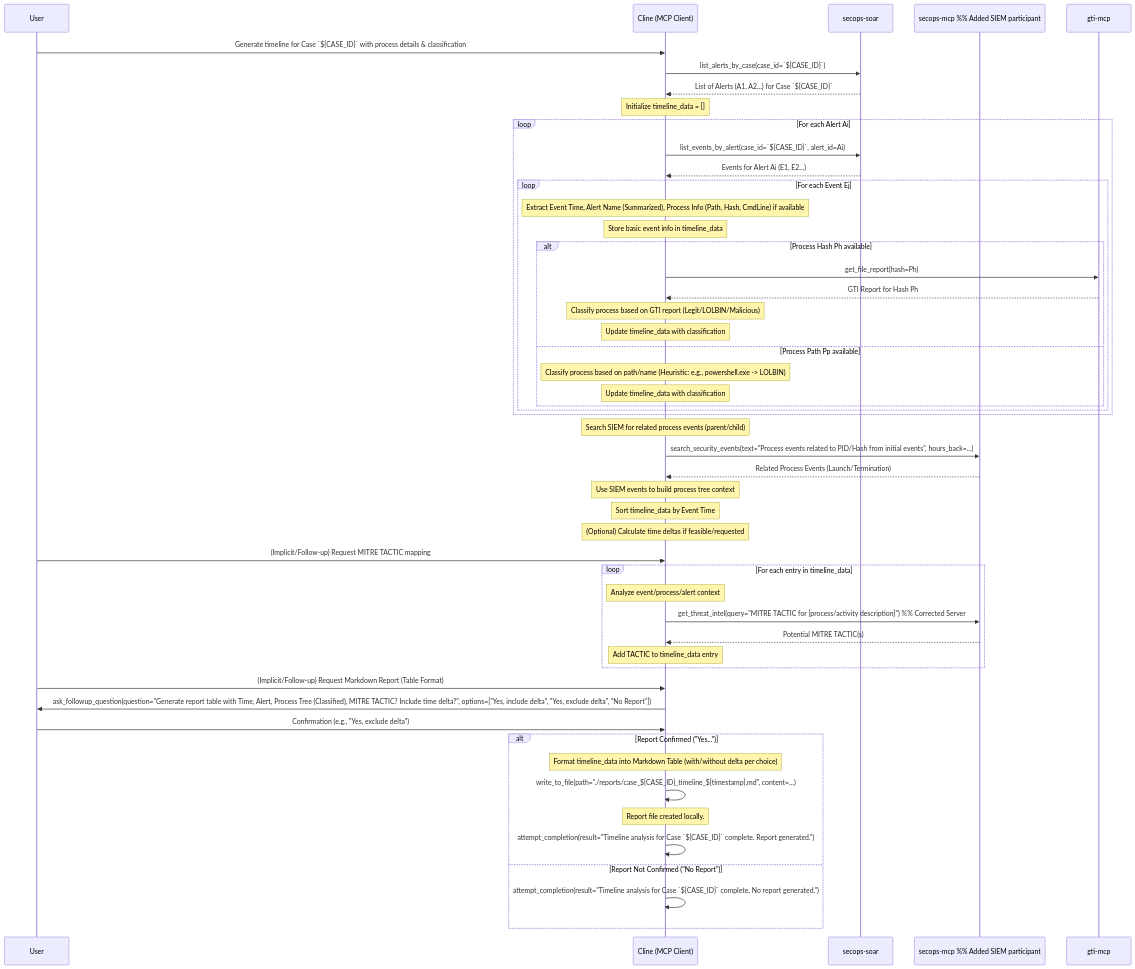
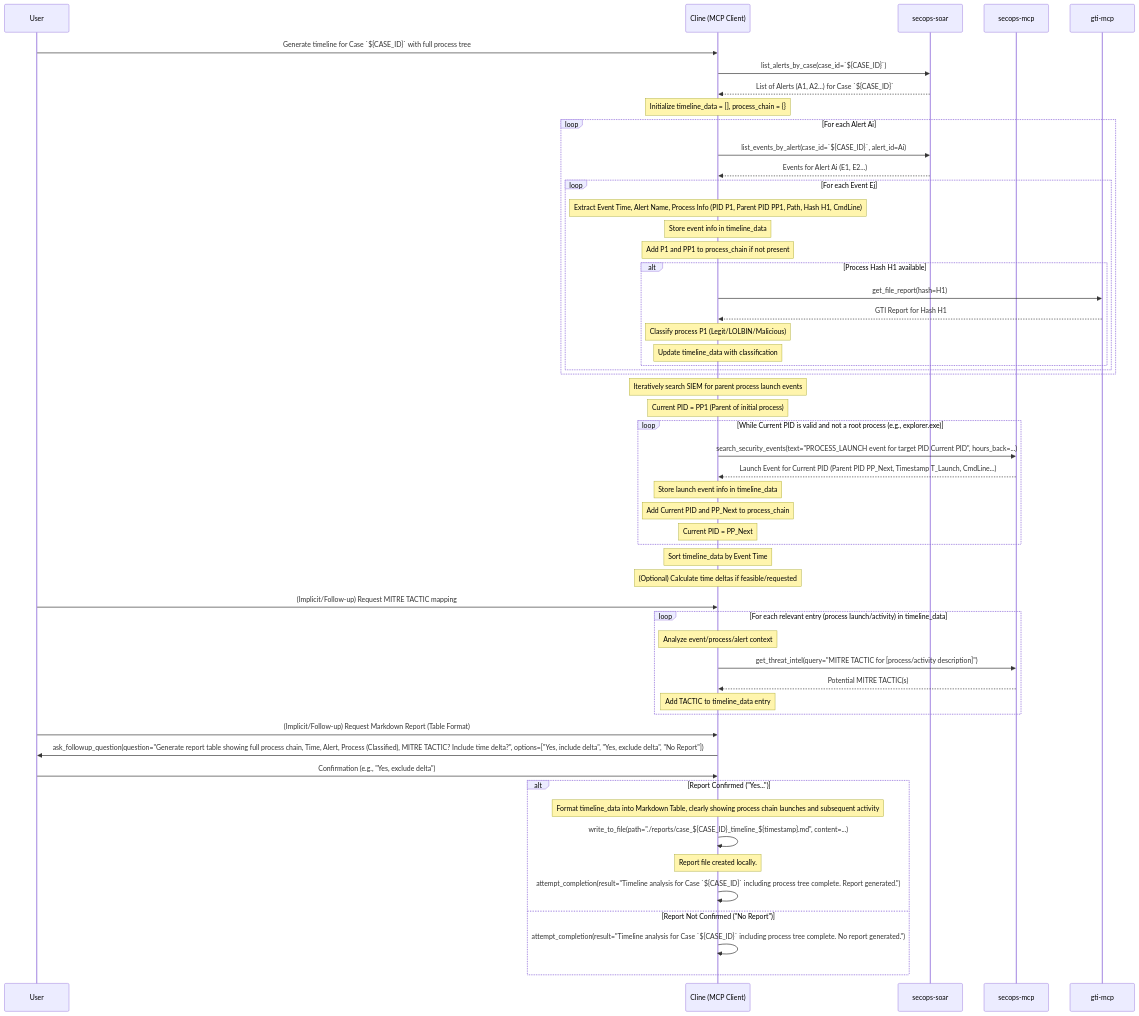
Before and after one commit to google/mcp-security: diagram 11 of 12 in WORKFLOWS.md, drawn with Mermaid. The commit also changed other lines of this file, not shown here.

Commit message:
improve process tree instructions pt2

````diff
--- a/WORKFLOWS.md
+++ b/WORKFLOWS.md
@@ -878,61 +878,64 @@
 ```{mermaid}
 sequenceDiagram
     participant User
     participant Cline as Cline (MCP Client)
     participant SOAR as secops-soar
-    participant SIEM as secops-mcp %% Added SIEM participant
+    participant SIEM as secops-mcp
     participant GTI as gti-mcp
 
-    User->>Cline: Generate timeline for Case `${CASE_ID}` with process details & classification
+    User->>Cline: Generate timeline for Case `${CASE_ID}` with full process tree
     Cline->>SOAR: list_alerts_by_case(case_id=`${CASE_ID}`)
     SOAR-->>Cline: List of Alerts (A1, A2...) for Case `${CASE_ID}`
 
-    Note over Cline: Initialize timeline_data = []
+    Note over Cline: Initialize timeline_data = [], process_chain = {}
     loop For each Alert Ai
         Cline->>SOAR: list_events_by_alert(case_id=`${CASE_ID}`, alert_id=Ai)
         SOAR-->>Cline: Events for Alert Ai (E1, E2...)
         loop For each Event Ej
-            Note over Cline: Extract Event Time, Alert Name (Summarized), Process Info (Path, Hash, CmdLine) if available
-            Note over Cline: Store basic event info in timeline_data
-            alt Process Hash Ph available
-                Cline->>GTI: get_file_report(hash=Ph)
-                GTI-->>Cline: GTI Report for Hash Ph
-                Note over Cline: Classify process based on GTI report (Legit/LOLBIN/Malicious)
-                Note over Cline: Update timeline_data with classification
-            else Process Path Pp available
-                Note over Cline: Classify process based on path/name (Heuristic: e.g., powershell.exe -> LOLBIN)
+            Note over Cline: Extract Event Time, Alert Name, Process Info (PID P1, Parent PID PP1, Path, Hash H1, CmdLine)
+            Note over Cline: Store event info in timeline_data
+            Note over Cline: Add P1 and PP1 to process_chain if not present
+            alt Process Hash H1 available
+                Cline->>GTI: get_file_report(hash=H1)
+                GTI-->>Cline: GTI Report for Hash H1
+                Note over Cline: Classify process P1 (Legit/LOLBIN/Malicious)
                 Note over Cline: Update timeline_data with classification
             end
         end
     end
 
-    Note over Cline: Search SIEM for related process events (parent/child)
-    Cline->>SIEM: search_security_events(text="Process events related to PID/Hash from initial events", hours_back=...)
-    SIEM-->>Cline: Related Process Events (Launch/Termination)
-    Note over Cline: Use SIEM events to build process tree context
+    Note over Cline: Iteratively search SIEM for parent process launch events
+    Note over Cline: Current PID = PP1 (Parent of initial process)
+    loop While Current PID is valid and not a root process (e.g., explorer.exe)
+        Cline->>SIEM: search_security_events(text="PROCESS_LAUNCH event for target PID Current PID", hours_back=...)
+        SIEM-->>Cline: Launch Event for Current PID (Parent PID PP_Next, Timestamp T_Launch, CmdLine...)
+        Note over Cline: Store launch event info in timeline_data
+        Note over Cline: Add Current PID and PP_Next to process_chain
+        Note over Cline: Current PID = PP_Next
+    end
 
     Note over Cline: Sort timeline_data by Event Time
     Note over Cline: (Optional) Calculate time deltas if feasible/requested
 
     User->>Cline: (Implicit/Follow-up) Request MITRE TACTIC mapping
-    loop For each entry in timeline_data
+    loop For each relevant entry (process launch/activity) in timeline_data
         Note over Cline: Analyze event/process/alert context
-        Cline->>SIEM: get_threat_intel(query="MITRE TACTIC for [process/activity description]") %% Corrected Server
+        Cline->>SIEM: get_threat_intel(query="MITRE TACTIC for [process/activity description]")
         SIEM-->>Cline: Potential MITRE TACTIC(s)
         Note over Cline: Add TACTIC to timeline_data entry
     end
 
     User->>Cline: (Implicit/Follow-up) Request Markdown Report (Table Format)
-    Cline->>User: ask_followup_question(question="Generate report table with Time, Alert, Process Tree (Classified), MITRE TACTIC? Include time delta?", options=["Yes, include delta", "Yes, exclude delta", "No Report"])
+    Cline->>User: ask_followup_question(question="Generate report table showing full process chain, Time, Alert, Process (Classified), MITRE TACTIC? Include time delta?", options=["Yes, include delta", "Yes, exclude delta", "No Report"])
     User->>Cline: Confirmation (e.g., "Yes, exclude delta")
 
     alt Report Confirmed ("Yes...")
-        Note over Cline: Format timeline_data into Markdown Table (with/without delta per choice)
+        Note over Cline: Format timeline_data into Markdown Table, clearly showing process chain launches and subsequent activity
         Cline->>Cline: write_to_file(path="./reports/case_${CASE_ID}_timeline_${timestamp}.md", content=...)
         Note over Cline: Report file created locally.
-        Cline->>Cline: attempt_completion(result="Timeline analysis for Case `${CASE_ID}` complete. Report generated.")
+        Cline->>Cline: attempt_completion(result="Timeline analysis for Case `${CASE_ID}` including process tree complete. Report generated.")
     else Report Not Confirmed ("No Report")
-        Cline->>Cline: attempt_completion(result="Timeline analysis for Case `${CASE_ID}` complete. No report generated.")
+        Cline->>Cline: attempt_completion(result="Timeline analysis for Case `${CASE_ID}` including process tree complete. No report generated.")
     end
 
 ```
````
